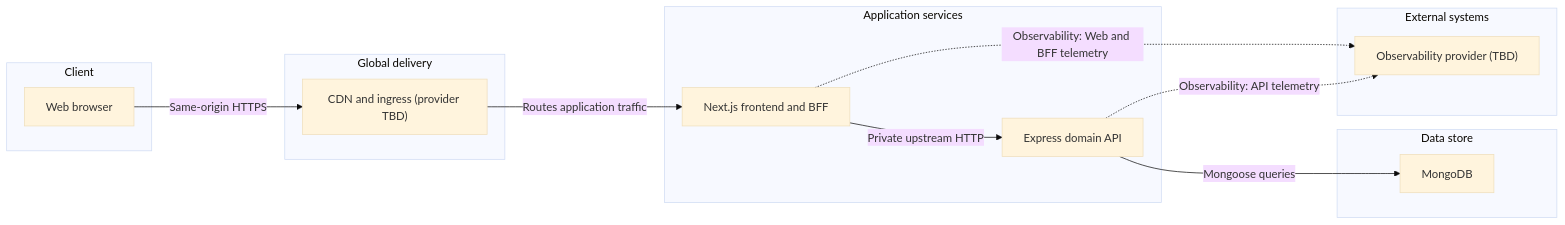
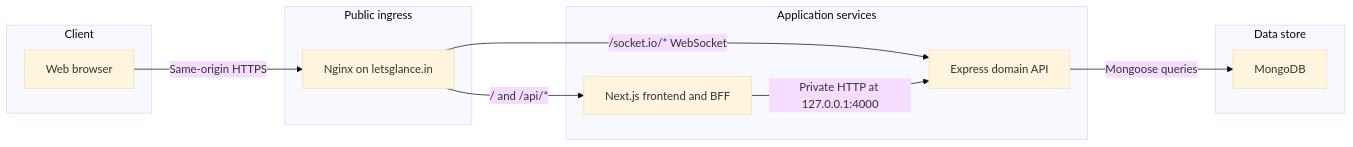
Before and after one commit to DEVASHRAY/lets-glance-frontend: the second of 4 diagrams in documentation/bff-architecture.md, drawn with Mermaid (base theme). The commit also changed other lines of this file and 45 other files, not shown here.

Commit message:
Rebrand the frontend and prepare same-origin EC2 deployment

````diff
--- a/documentation/bff-architecture.md
+++ b/documentation/bff-architecture.md
@@ -59,26 +59,21 @@
 ```mermaid
 flowchart LR
     subgraph client ["Client"]
         browser["Web browser"]
     end
-    subgraph gateway ["Global delivery"]
-        edgeIngress["CDN and ingress (provider TBD)"]
+    subgraph gateway ["Public ingress"]
+        nginx["Nginx on letsglance.in"]
     end
     subgraph service ["Application services"]
         nextBff["Next.js frontend and BFF"]
         expressBackend["Express domain API"]
     end
     subgraph datastore ["Data store"]
         mongoDb["MongoDB"]
     end
-    subgraph external ["External systems"]
-        observability["Observability provider (TBD)"]
-    end
-
-    browser -->|"Same-origin HTTPS"| edgeIngress
-    edgeIngress -->|"Routes application traffic"| nextBff
-    nextBff -->|"Private upstream HTTP"| expressBackend
+    browser -->|"Same-origin HTTPS"| nginx
+    nginx -->|"/ and /api/*"| nextBff
+    nginx -->|"/socket.io/* WebSocket"| expressBackend
+    nextBff -->|"Private HTTP at 127.0.0.1:4000"| expressBackend
     expressBackend -->|"Mongoose queries"| mongoDb
-    nextBff -.->|"Observability: Web and BFF telemetry"| observability
-    expressBackend -.->|"Observability: API telemetry"| observability
 ```
````
